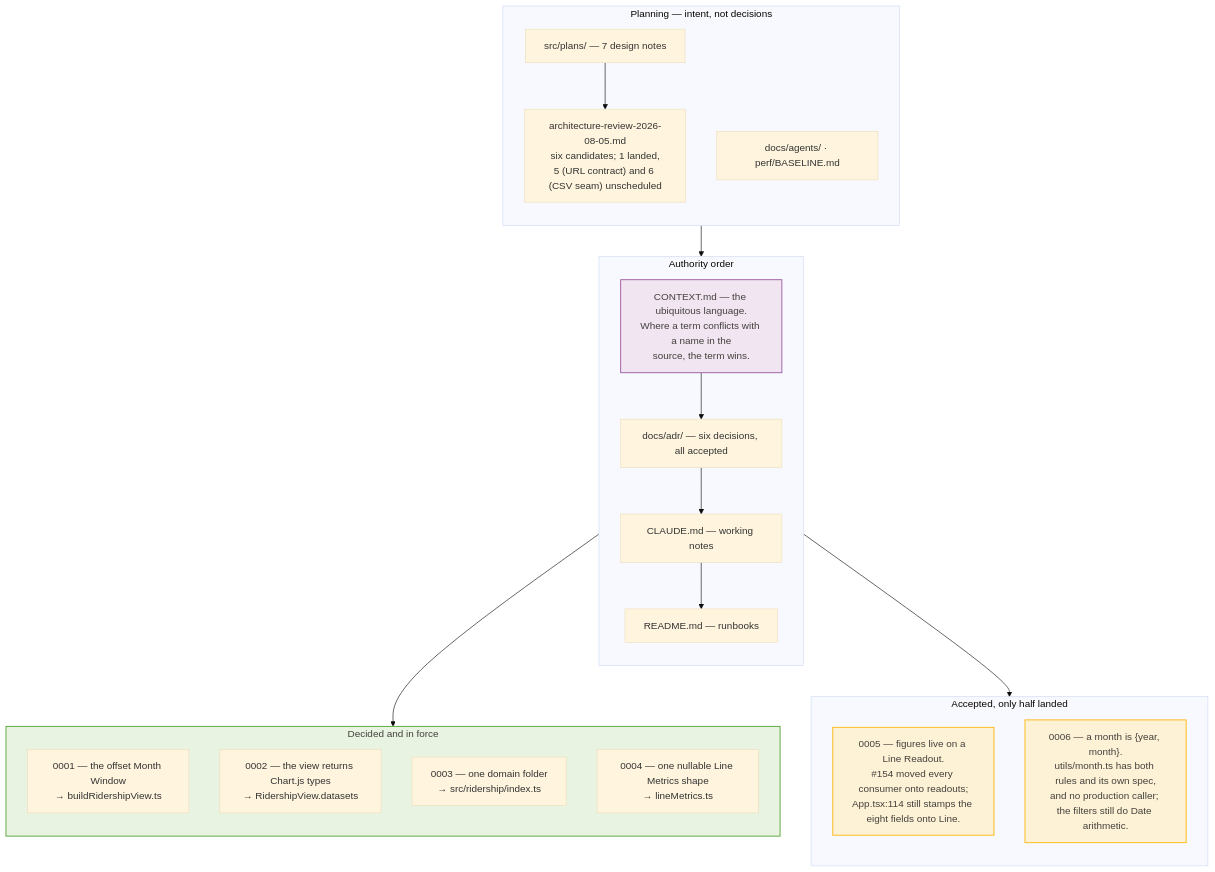
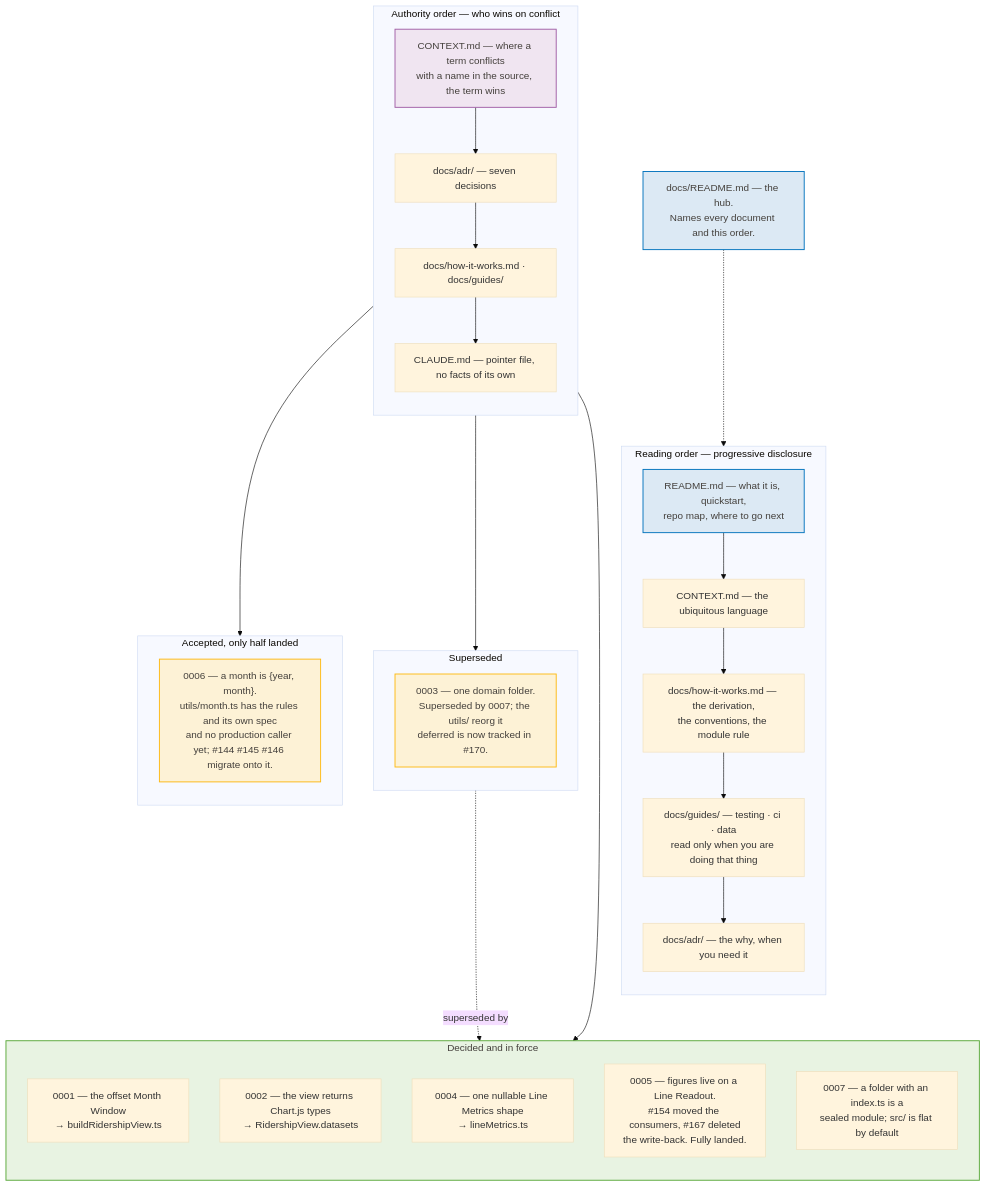
The diagram in docs/architecture/mermaid/21-docs-adr-map.mmd (streetsforall/metro_ridership_app), drawn with Mermaid (base theme) before and after one commit. The commit also changed 34 other files, not shown here.

First line of the commit message:
docs: restructure the docs into a progressive-disclosure reading path

```diff
--- a/docs/architecture/mermaid/21-docs-adr-map.mmd
+++ b/docs/architecture/mermaid/21-docs-adr-map.mmd
@@ -1,41 +1,56 @@
 flowchart TB
-  subgraph authority["Authority order"]
+  subgraph reading["Reading order — progressive disclosure"]
     direction TB
-    ctx["CONTEXT.md — the ubiquitous language.<br/>Where a term conflicts with a name in the<br/>source, the term wins."]
-    adrs["docs/adr/ — six decisions, all accepted"]
-    claude["CLAUDE.md — working notes"]
-    readme["README.md — runbooks"]
-    ctx --> adrs --> claude --> readme
+    r0["README.md — what it is, quickstart,<br/>repo map, where to go next"]
+    r1["CONTEXT.md — the ubiquitous language"]
+    r2["docs/how-it-works.md — the derivation,<br/>the conventions, the module rule"]
+    r3["docs/guides/ — testing · ci · data<br/>read only when you are doing that thing"]
+    r4["docs/adr/ — the why, when you need it"]
+    r0 --> r1 --> r2 --> r3 --> r4
+  end
+
+  hub["docs/README.md — the hub.<br/>Names every document and this order."]
+  hub -.-> reading
+
+  subgraph authority["Authority order — who wins on conflict"]
+    direction TB
+    ctx["CONTEXT.md — where a term conflicts<br/>with a name in the source, the term wins"]
+    adrs["docs/adr/ — seven decisions"]
+    prose["docs/how-it-works.md · docs/guides/"]
+    pointer["CLAUDE.md — pointer file, no facts of its own"]
+    ctx --> adrs --> prose --> pointer
   end
 
   subgraph landed["Decided and in force"]
     direction TB
     a1["0001 — the offset Month Window<br/>→ buildRidershipView.ts"]
     a2["0002 — the view returns Chart.js types<br/>→ RidershipView.datasets"]
-    a3["0003 — one domain folder<br/>→ src/ridership/index.ts"]
     a4["0004 — one nullable Line Metrics shape<br/>→ lineMetrics.ts"]
+    a5["0005 — figures live on a Line Readout.<br/>#154 moved the consumers, #167 deleted<br/>the write-back. Fully landed."]
+    a7["0007 — a folder with an index.ts is a<br/>sealed module; src/ is flat by default"]
   end
 
   subgraph half["Accepted, only half landed"]
     direction TB
-    a5["0005 — figures live on a Line Readout.<br/>#154 moved every consumer onto readouts;<br/>App.tsx:114 still stamps the eight fields onto Line."]
-    a6["0006 — a month is {year, month}.<br/>utils/month.ts has both rules and its own spec,<br/>and no production caller; the filters still do Date arithmetic."]
+    a6["0006 — a month is {year, month}.<br/>utils/month.ts has the rules and its own spec<br/>and no production caller yet; #144 #145 #146 migrate onto it."]
   end
 
-  subgraph planning["Planning — intent, not decisions"]
+  subgraph superseded["Superseded"]
     direction TB
-    review["architecture-review-2026-08-05.md<br/>six candidates; 1 landed,<br/>5 (URL contract) and 6 (CSV seam) unscheduled"]
-    plans["src/plans/ — 7 design notes"]
-    agents["docs/agents/ · perf/BASELINE.md"]
+    a3["0003 — one domain folder.<br/>Superseded by 0007; the utils/ reorg it<br/>deferred is now tracked in #170."]
   end
 
   adrs --> landed
   adrs --> half
-  plans --> review --> adrs
+  adrs --> superseded
+  a3 -.->|superseded by| a7
 
   classDef authorityC fill:#f0e5f1,stroke:#a05da5,stroke-width:1.5px,color:#44403c
   classDef pending fill:#fdf2d6,stroke:#fdb913,stroke-width:1.5px,color:#44403c
   classDef surface fill:#e8f3e2,stroke:#58a738,stroke-width:1.5px,color:#44403c
+  classDef entry fill:#dce9f4,stroke:#0072bc,stroke-width:1.5px,color:#44403c
   class ctx authorityC
-  class a5,a6 pending
+  class a6 pending
+  class a3 pending
   class landed surface
+  class hub,r0 entry
```
